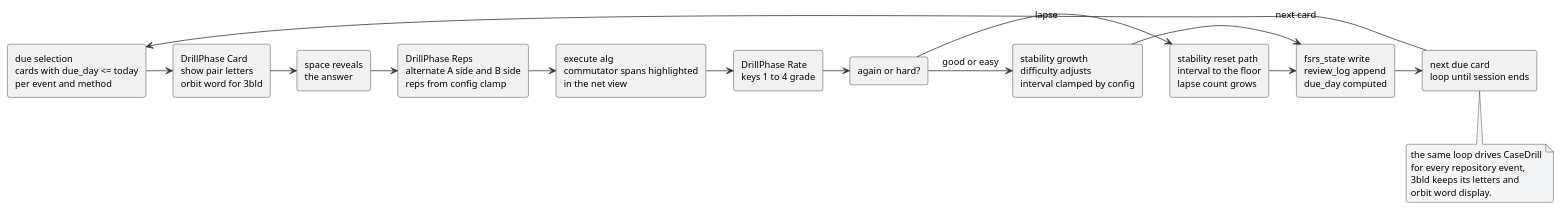
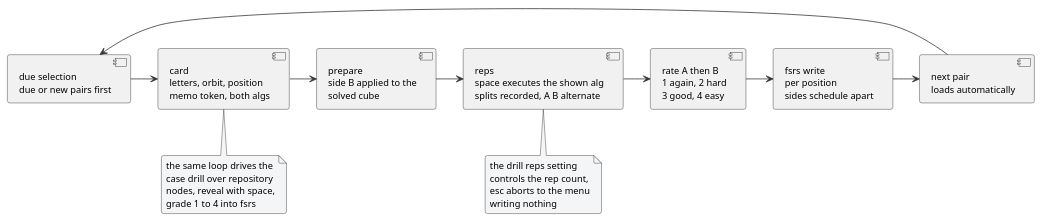
One commit to lavantien/blind-trainer changed the diagram in docs/diagrams/07-drill-flow.puml. Above: the diagram before and after it, drawn with PlantUML. The commit also changed 20 other files, not shown here.

Commit message:
docs(diagrams): current architecture sources, rendered pngs, badge states

```diff
--- a/docs/diagrams/07-drill-flow.puml
+++ b/docs/diagrams/07-drill-flow.puml
@@ -1,37 +1,34 @@
 @startuml 07-drill-flow
 skinparam backgroundColor #FFFFFF
 skinparam defaultFontName Segoe UI
 skinparam defaultFontSize 12
 skinparam roundCorner 6
 skinparam ArrowColor #2f3439
 skinparam NoteBackgroundColor #f4f5f6
-rectangle "due selection\ncards with due_day <= today\nper event and method" as due
-rectangle "DrillPhase Card\nshow pair letters\norbit word for 3bld" as card
-rectangle "space reveals\nthe answer" as reveal
-rectangle "DrillPhase Reps\nalternate A side and B side\nreps from config clamp" as reps
-rectangle "execute alg\ncommutator spans highlighted\nin the net view" as execute
-rectangle "DrillPhase Rate\nkeys 1 to 4 grade" as rate
-rectangle "again or hard?" as grade
-rectangle "stability reset path\ninterval to the floor\nlapse count grows" as reset
-rectangle "stability growth\ndifficulty adjusts\ninterval clamped by config" as growth
-rectangle "fsrs_state write\nreview_log append\ndue_day computed" as write
-rectangle "next due card\nloop until session ends" as next
+component "due selection\ndue or new pairs first" as due
+component "card\nletters, orbit, position\nmemo token, both algs" as card
+component "prepare\nside B applied to the\nsolved cube" as prepare
+component "reps\nspace executes the shown alg\nsplits recorded, A B alternate" as reps
+component "rate A then B\n1 again, 2 hard\n3 good, 4 easy" as rate
+component "fsrs write\nper position\nsides schedule apart" as fsrs
+component "next pair\nloads automatically" as next
 due -> card
-card -> reveal
-reveal -> reps
-reps -> execute
-execute -> rate
-rate -> grade
-grade -> reset : lapse
-grade -> growth : good or easy
-reset -> write
-growth -> write
-write -> next
-next -> due : next card
-note bottom of next
-  the same loop drives CaseDrill
-  for every repository event,
-  3bld keeps its letters and
-  orbit word display.
+card -> prepare
+prepare -> reps
+reps -> rate
+rate -> fsrs
+fsrs -> next
+next -> due
+note bottom of card
+  the same loop drives the
+  case drill over repository
+  nodes, reveal with space,
+  grade 1 to 4 into fsrs
+end note
+note bottom of reps
+  the drill reps setting
+  controls the rep count,
+  esc aborts to the menu
+  writing nothing
 end note
 @enduml
```
